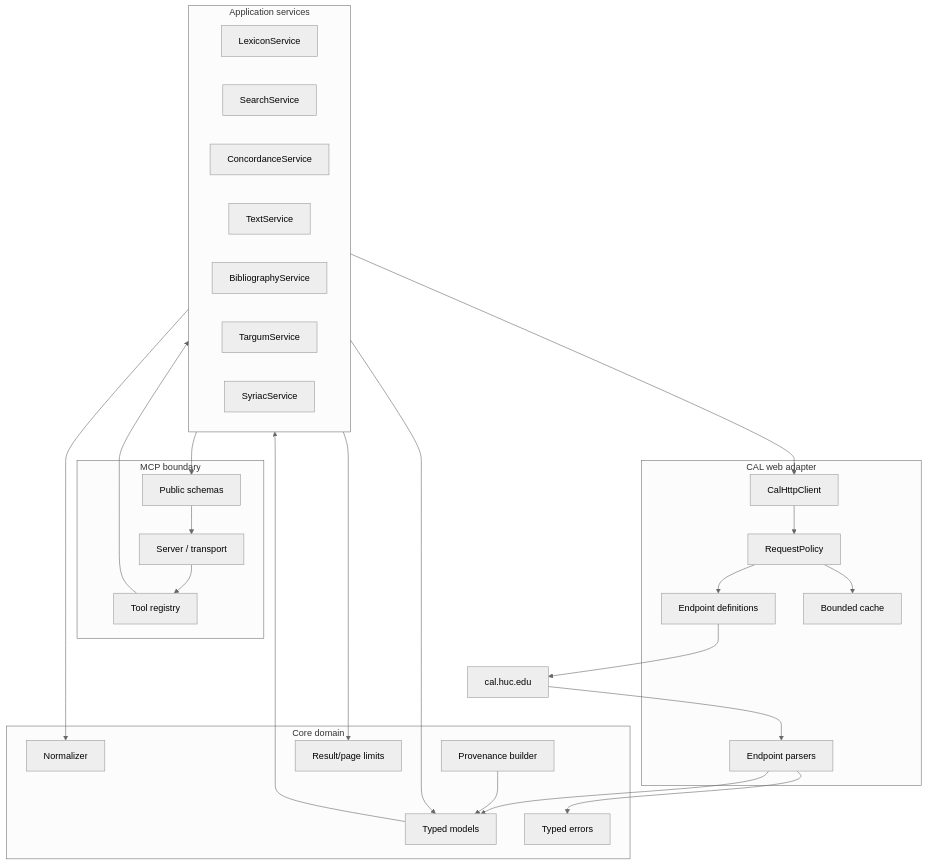
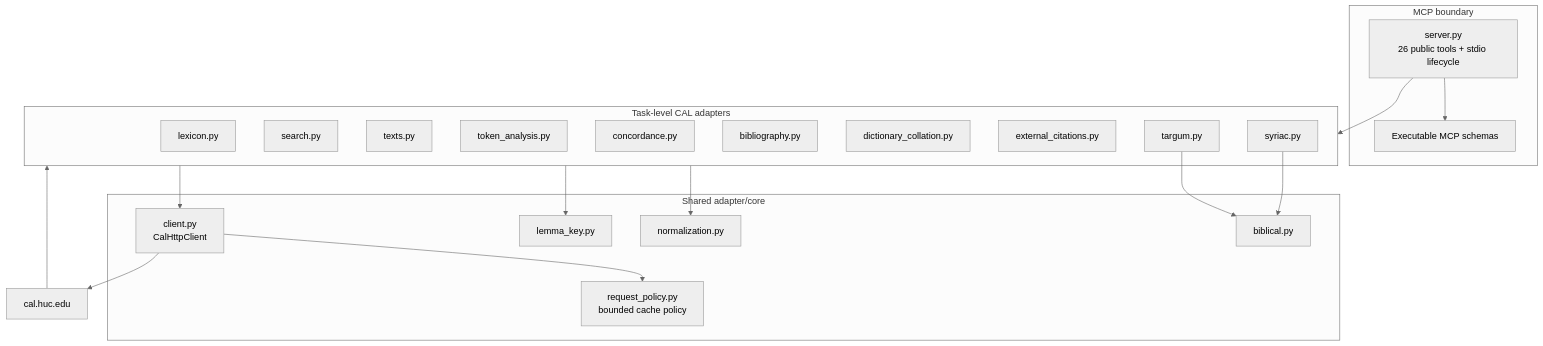
Before and after one commit to alexsosn/CAL-MCP: the third of 8 diagrams in wiki/architecture.md, drawn with Mermaid (neutral theme). The commit also changed other lines of this file and 20 other files, not shown here.

````diff
--- a/wiki/architecture.md
+++ b/wiki/architecture.md
@@ -105,54 +107,41 @@
 ```mermaid
 flowchart TB
     subgraph MCP[MCP boundary]
-      SERVER[Server / transport]
-      TOOLREG[Tool registry]
-      SCHEMA[Public schemas]
+      SERVER[server.py\n26 public tools + stdio lifecycle]
+      SCHEMA[Executable MCP schemas]
     end
 
-    subgraph Services[Application services]
-      LEX[LexiconService]
-      SEARCH[SearchService]
-      CONC[ConcordanceService]
-      TEXT[TextService]
-      BIB[BibliographyService]
-      TARG[TargumService]
-      SYR[SyriacService]
+    subgraph Surfaces[Task-level CAL adapters]
+      LEX[lexicon.py]
+      SEARCH[search.py]
+      TEXT[texts.py]
+      TOKEN[token_analysis.py]
+      CONC[concordance.py]
+      BIB[bibliography.py]
+      DICT[dictionary_collation.py]
+      EXT[external_citations.py]
+      TARG[targum.py]
+      SYR[syriac.py]
     end
 
-    subgraph Core[Core domain]
-      NORM[Normalizer]
-      MODELS[Typed models]
-      ERR[Typed errors]
-      PROV[Provenance builder]
-      LIMIT[Result/page limits]
-    end
-
-    subgraph Adapter[CAL web adapter]
-      HTTP[CalHttpClient]
-      POLICY[RequestPolicy]
-      ROUTES[Endpoint definitions]
-      PARSERS[Endpoint parsers]
-      CACHE[Bounded cache]
+    subgraph Shared[Shared adapter/core]
+      NORM[normalization.py]
+      LKEY[lemma_key.py]
+      BIBLE[biblical.py]
+      HTTP[client.py\nCalHttpClient]
+      POLICY[request_policy.py\nbounded cache policy]
     end
 
     CAL[cal.huc.edu]
 
-    SERVER --> TOOLREG
-    TOOLREG --> Services
-    Services --> NORM
-    Services --> HTTP
-    Services --> MODELS
-    Services --> LIMIT
+    SERVER --> SCHEMA
+    SERVER --> Surfaces
+    Surfaces --> NORM
+    Surfaces --> LKEY
+    TARG --> BIBLE
+    SYR --> BIBLE
+    Surfaces --> HTTP
     HTTP --> POLICY
-    POLICY --> CACHE
-    POLICY --> ROUTES
-    ROUTES --> CAL
-    CAL --> PARSERS
-    PARSERS --> MODELS
-    PARSERS --> ERR
-    PROV --> MODELS
-    MODELS --> Services
-    Services --> SCHEMA
-    SCHEMA --> SERVER
+    HTTP --> CAL
+    CAL --> Surfaces
 ```
````
